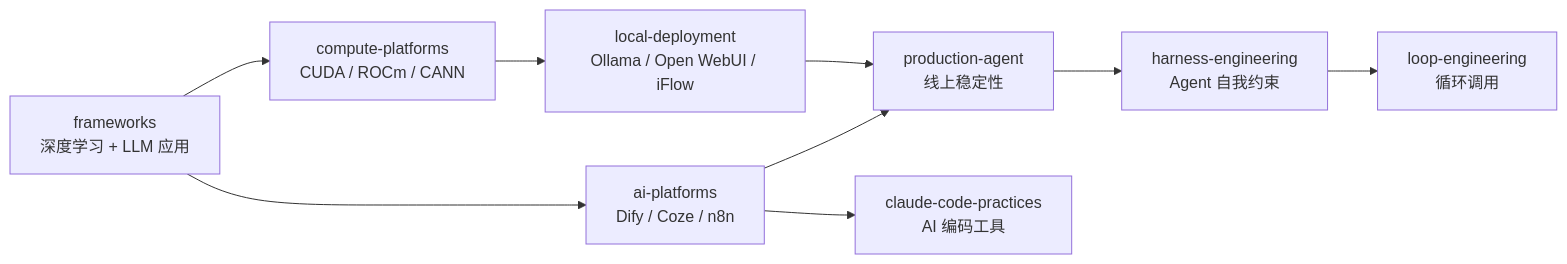
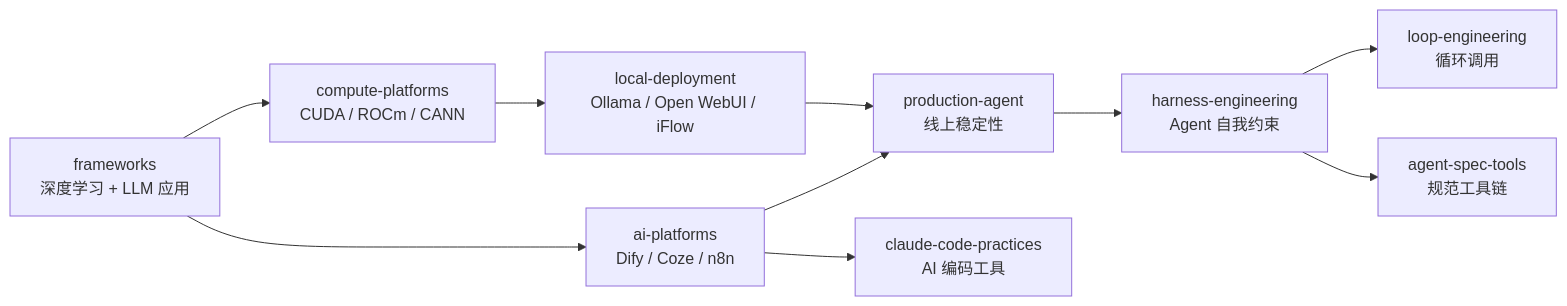
The diagram in note/11.ai/03-engineering/README.md (wb04307201/wb04307201), drawn with Mermaid before and after one commit. The commit also changed other lines of this file and 8 other files, not shown here.

````diff
--- a/note/11.ai/03-engineering/README.md
+++ b/note/11.ai/03-engineering/README.md
@@ -36,11 +37,12 @@
 ```mermaid
 graph LR
     A[frameworks<br/>深度学习 + LLM 应用] --> B[compute-platforms<br/>CUDA / ROCm / CANN]
     B --> C[local-deployment<br/>Ollama / Open WebUI / iFlow]
     A --> D[ai-platforms<br/>Dify / Coze / n8n]
     C --> E[production-agent<br/>线上稳定性]
     D --> E
     D --> F[claude-code-practices<br/>AI 编码工具]
     E --> G[harness-engineering<br/>Agent 自我约束]
     G --> H[loop-engineering<br/>循环调用]
+    G --> I[agent-spec-tools<br/>规范工具链]
 ```
````
